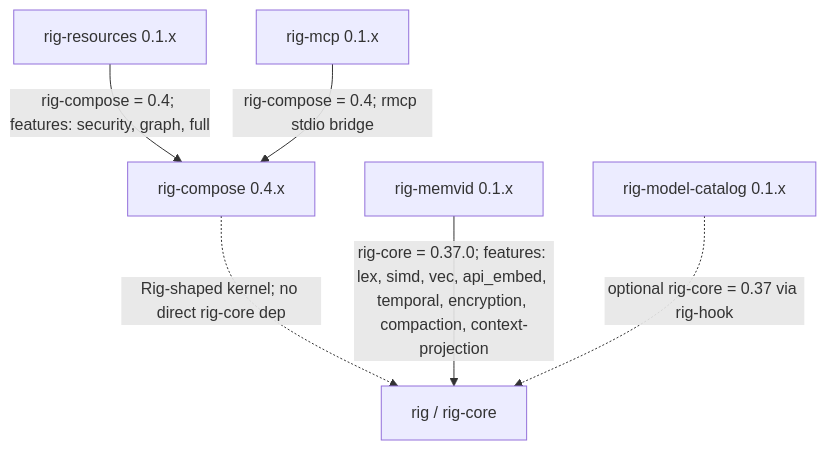
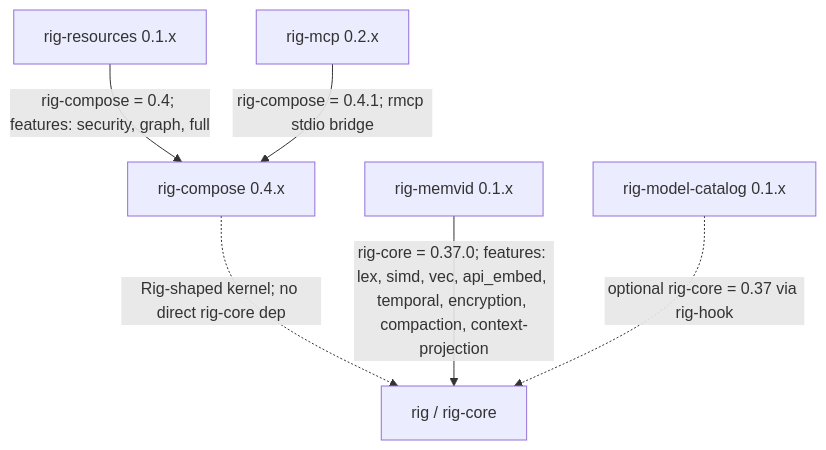
The diagram in README.md (ForeverAngry/rig-mcp), drawn with Mermaid before and after one commit. The commit also changed other lines of this file and 5 other files, not shown here.

````diff
--- a/README.md
+++ b/README.md
@@ -139,15 +140,15 @@
 ```mermaid
 flowchart TD
     rig["rig / rig-core"]
     compose["rig-compose 0.4.x"]
     resources["rig-resources 0.1.x"]
-    mcp["rig-mcp 0.1.x"]
+    mcp["rig-mcp 0.2.x"]
     memvid["rig-memvid 0.1.x"]
     model_meta["rig-model-catalog 0.1.x"]
 
     compose -. "Rig-shaped kernel; no direct rig-core dep" .-> rig
     resources -- "rig-compose = 0.4; features: security, graph, full" --> compose
-    mcp -- "rig-compose = 0.4; rmcp stdio bridge" --> compose
+    mcp -- "rig-compose = 0.4.1; rmcp stdio bridge" --> compose
     memvid -- "rig-core = 0.37.0; features: lex, simd, vec, api_embed, temporal, encryption, compaction, context-projection" --> rig
     model_meta -. "optional rig-core = 0.37 via rig-hook" .-> rig
 ```
````
